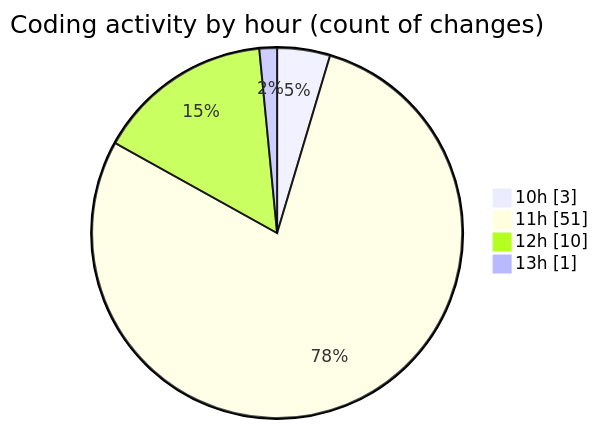
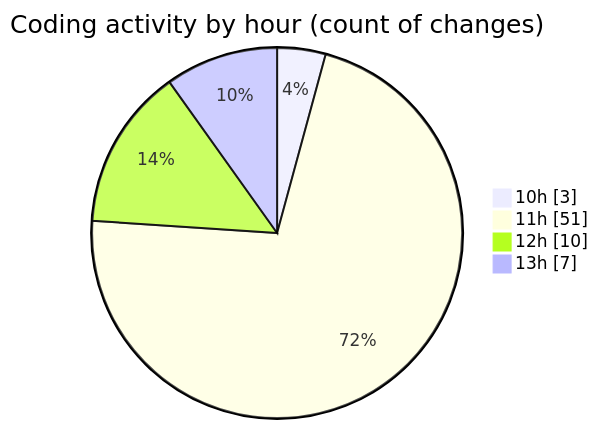
The second of 2 diagrams in 2025-07-11/argos/README.md (nxtqubesakshisongat/code-tracking), drawn with Mermaid before and after one commit. The commit also changed other lines of this file and 1 other file, not shown here.

````diff
--- a/2025-07-11/argos/README.md
+++ b/2025-07-11/argos/README.md
@@ -33,8 +33,8 @@
 ```mermaid
 pie showData
 title Coding activity by hour (count of changes)
 "10h" : 3
 "11h" : 51
 "12h" : 10
-"13h" : 1
+"13h" : 7
 ```
````
